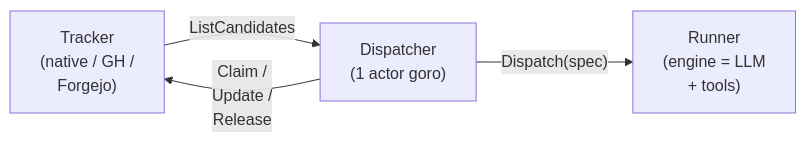
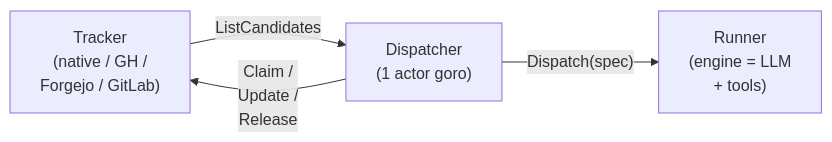
The first of 2 diagrams in docs/dispatcher.md (SocialGouv/iterion), drawn with Mermaid before and after one commit. The commit also changed other lines of this file, not shown here.

First line of the commit message:
docs(dispatcher): add gitlab tracker, --no-server; fix persist default + forgejo labels

````diff
--- a/docs/dispatcher.md
+++ b/docs/dispatcher.md
@@ -105,10 +105,10 @@
 ```mermaid
 flowchart LR
-  TRK["Tracker<br/>(native / GH /<br/>Forgejo)"]
+  TRK["Tracker<br/>(native / GH /<br/>Forgejo / GitLab)"]
   DSP["Dispatcher<br/>(1 actor goro)"]
   RUN["Runner<br/>(engine = LLM<br/>+ tools)"]
 
   TRK -- "ListCandidates" --> DSP
   DSP -- "Claim /<br/>Update /<br/>Release" --> TRK
   DSP -- "Dispatch(spec)" --> RUN
 ```
````
